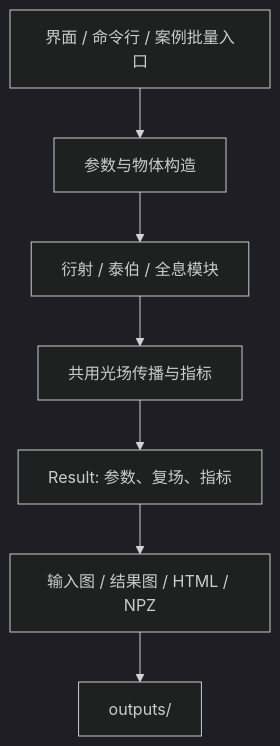
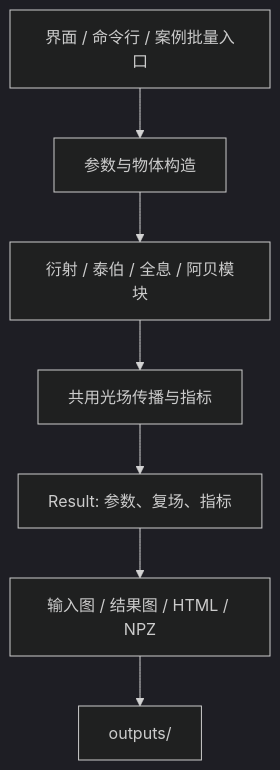
Before and after one commit to fnb666888/diffraction-calculation: the diagram in docs/architecture.md, drawn with Mermaid (dark theme). The commit also changed other lines of this file and 79 other files, not shown here.

````diff
--- a/docs/architecture.md
+++ b/docs/architecture.md
@@ -7,9 +7,9 @@
 ```mermaid
 flowchart TD
     A[界面 / 命令行 / 案例批量入口] --> B[参数与物体构造]
-    B --> C[衍射 / 泰伯 / 全息模块]
+    B --> C[衍射 / 泰伯 / 全息 / 阿贝模块]
     C --> D[共用光场传播与指标]
     D --> E[Result: 参数、复场、指标]
     E --> F[输入图 / 结果图 / HTML / NPZ]
     F --> G[outputs/]
 ```
````
